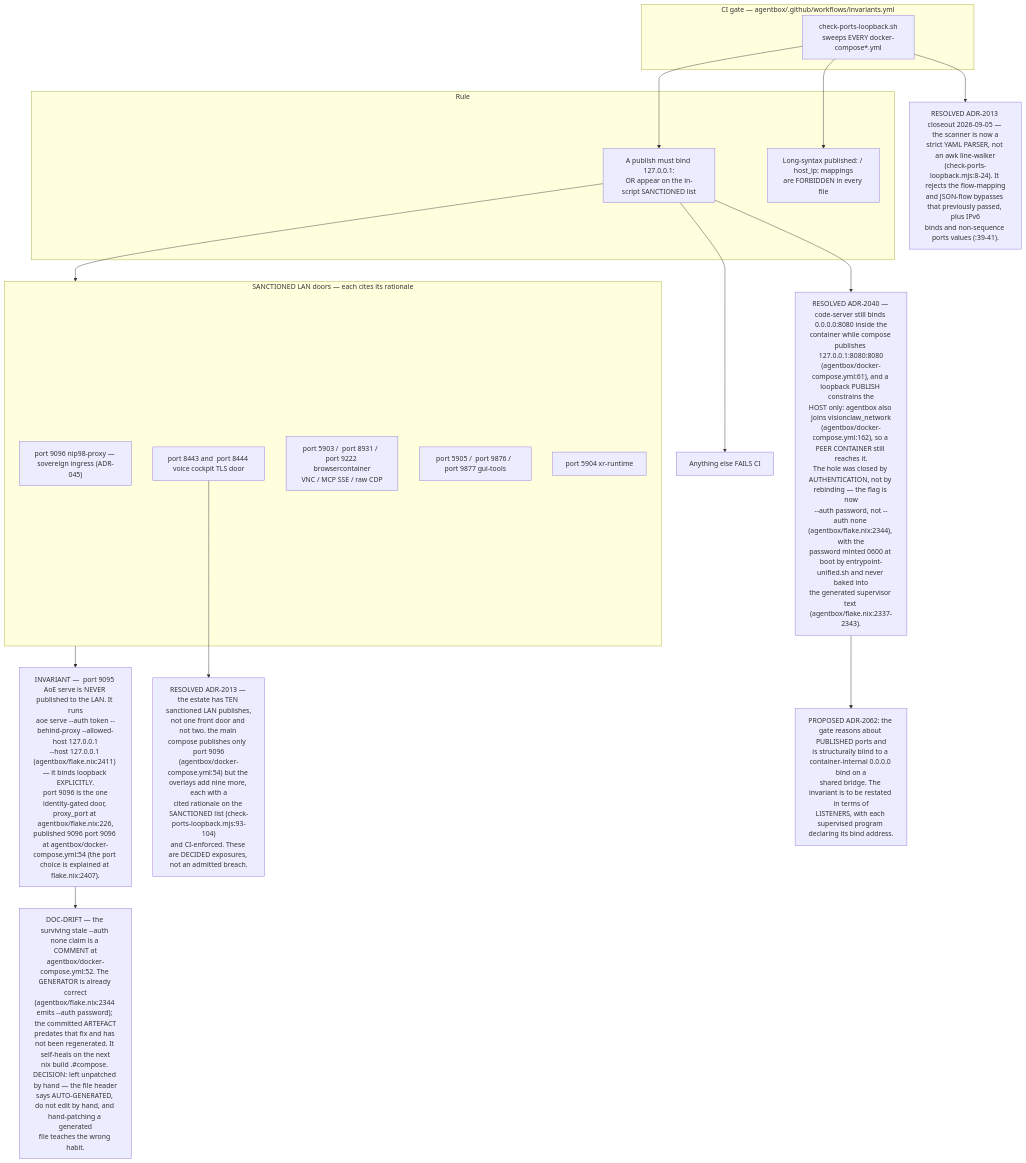
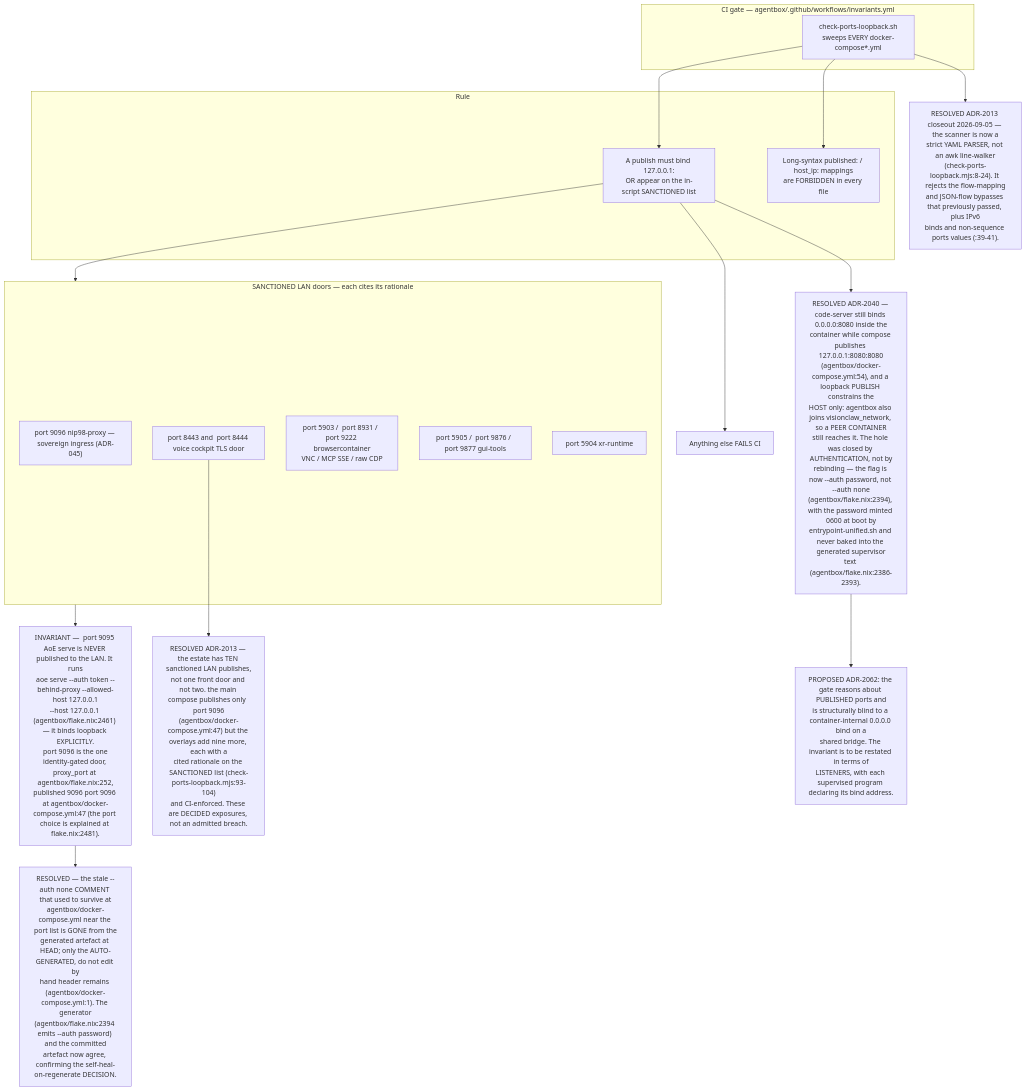
Before and after one commit to DreamLab-AI/VisionFlow: the eighth of 10 diagrams in docs/diagrams/estate/10-deployment-and-security-profiles.md, drawn with Mermaid. The commit also changed other lines of this file and 136 other files, not shown here.

First line of the commit message:
docs(diagrams): refresh the whole corpus to code HEAD and prune low-value diagrams

````diff
--- a/docs/diagrams/estate/10-deployment-and-security-profiles.md
+++ b/docs/diagrams/estate/10-deployment-and-security-profiles.md
@@ -292,35 +294,35 @@
 ```mermaid
 flowchart TB
     subgraph ci["CI gate — agentbox/.github/workflows/invariants.yml"]
         SC["check-ports-loopback.sh<br/>sweeps EVERY docker-compose*.yml"]
     end
     subgraph rule["Rule"]
         R1["A publish must bind 127.0.0.1:<br/>OR appear on the in-script SANCTIONED list"]
         R2["Long-syntax published: / host_ip: mappings<br/>are FORBIDDEN in every file"]
     end
     subgraph sanctioned["SANCTIONED LAN doors — each cites its rationale"]
         P1[" port 9096 nip98-proxy — sovereign ingress (ADR-045)"]
         P2[" port 8443 and  port 8444 voice cockpit TLS door"]
         P3[" port 5903 /  port 8931 /  port 9222 browsercontainer<br/>VNC / MCP SSE / raw CDP"]
         P4[" port 5905 /  port 9876 /  port 9877 gui-tools"]
         P5[" port 5904 xr-runtime"]
     end
     FAIL["Anything else FAILS CI"]
-    INV["INVARIANT —  port 9095 AoE serve is NEVER published to the LAN. It runs<br/>aoe serve --auth token --behind-proxy --allowed-host 127.0.0.1<br/>--host 127.0.0.1 (agentbox/flake.nix:2411) — it binds loopback EXPLICITLY.<br/> port 9096 is the one identity-gated door, proxy_port at agentbox/flake.nix:226,<br/>published 9096 port 9096 at agentbox/docker-compose.yml:54 (the port choice is explained at flake.nix:2407)."]
-    D1["RESOLVED ADR-2013 — the estate has TEN sanctioned LAN publishes,<br/>not one front door and not two. the main compose publishes only  port 9096<br/>(agentbox/docker-compose.yml:54) but the overlays add nine more, each with a<br/>cited rationale on the SANCTIONED list (check-ports-loopback.mjs:93-104)<br/>and CI-enforced. These are DECIDED exposures, not an admitted breach."]
+    INV["INVARIANT —  port 9095 AoE serve is NEVER published to the LAN. It runs<br/>aoe serve --auth token --behind-proxy --allowed-host 127.0.0.1<br/>--host 127.0.0.1 (agentbox/flake.nix:2461) — it binds loopback EXPLICITLY.<br/> port 9096 is the one identity-gated door, proxy_port at agentbox/flake.nix:252,<br/>published 9096 port 9096 at agentbox/docker-compose.yml:47 (the port choice is explained at flake.nix:2481)."]
+    D1["RESOLVED ADR-2013 — the estate has TEN sanctioned LAN publishes,<br/>not one front door and not two. the main compose publishes only  port 9096<br/>(agentbox/docker-compose.yml:47) but the overlays add nine more, each with a<br/>cited rationale on the SANCTIONED list (check-ports-loopback.mjs:93-104)<br/>and CI-enforced. These are DECIDED exposures, not an admitted breach."]
     D2["RESOLVED ADR-2013 closeout 2026-09-05 — the scanner is now a<br/>strict YAML PARSER, not an awk line-walker<br/>(check-ports-loopback.mjs:8-24). It rejects the flow-mapping<br/>and JSON-flow bypasses that previously passed, plus IPv6<br/>binds and non-sequence ports values (:39-41)."]
-    D3["RESOLVED ADR-2040 — code-server still binds 0.0.0.0:8080 inside the<br/>container while compose publishes 127.0.0.1:8080:8080<br/>(agentbox/docker-compose.yml:61), and a loopback PUBLISH constrains the<br/>HOST only: agentbox also joins visionclaw_network<br/>(agentbox/docker-compose.yml:162), so a PEER CONTAINER still reaches it.<br/>The hole was closed by AUTHENTICATION, not by rebinding — the flag is now<br/>--auth password, not --auth none (agentbox/flake.nix:2344), with the<br/>password minted 0600 at boot by entrypoint-unified.sh and never baked into<br/>the generated supervisor text (agentbox/flake.nix:2337-2343)."]
+    D3["RESOLVED ADR-2040 — code-server still binds 0.0.0.0:8080 inside the<br/>container while compose publishes 127.0.0.1:8080:8080<br/>(agentbox/docker-compose.yml:54), and a loopback PUBLISH constrains the<br/>HOST only: agentbox also joins visionclaw_network, so a PEER CONTAINER<br/>still reaches it. The hole was closed by AUTHENTICATION, not by<br/>rebinding — the flag is now --auth password, not --auth none<br/>(agentbox/flake.nix:2394), with the password minted 0600 at boot by<br/>entrypoint-unified.sh and never baked into the generated supervisor<br/>text (agentbox/flake.nix:2386-2393)."]
     D5["PROPOSED ADR-2062: the gate reasons about PUBLISHED ports and<br/>is structurally blind to a container-internal 0.0.0.0 bind on a<br/>shared bridge. The invariant is to be restated in terms of<br/>LISTENERS, with each supervised program declaring its bind address."]
-    D4["DOC-DRIFT — the surviving stale --auth none claim is a COMMENT at<br/>agentbox/docker-compose.yml:52. The GENERATOR is already correct<br/>(agentbox/flake.nix:2344 emits --auth password); the committed ARTEFACT<br/>predates that fix and has not been regenerated. It self-heals on the next<br/>nix build .#compose. DECISION: left unpatched by hand — the file header<br/>says AUTO-GENERATED, do not edit by hand, and hand-patching a generated<br/>file teaches the wrong habit."]
+    D4["RESOLVED — the stale --auth none COMMENT that used to survive at<br/>agentbox/docker-compose.yml near the port list is GONE from the<br/>generated artefact at HEAD; only the AUTO-GENERATED, do not edit by<br/>hand header remains (agentbox/docker-compose.yml:1). The generator<br/>(agentbox/flake.nix:2394 emits --auth password) and the committed<br/>artefact now agree, confirming the self-heal-on-regenerate DECISION."]
 
     SC --> R1
     SC --> R2
     R1 --> sanctioned
     R1 --> FAIL
     sanctioned --> INV
     P2 --> D1
     SC --> D2
     R1 --> D3
     INV --> D4
     D3 --> D5
 ```
````
